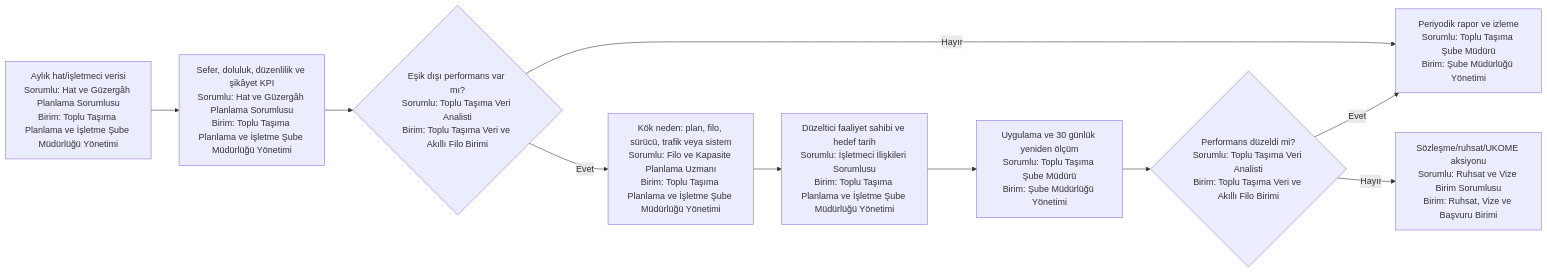
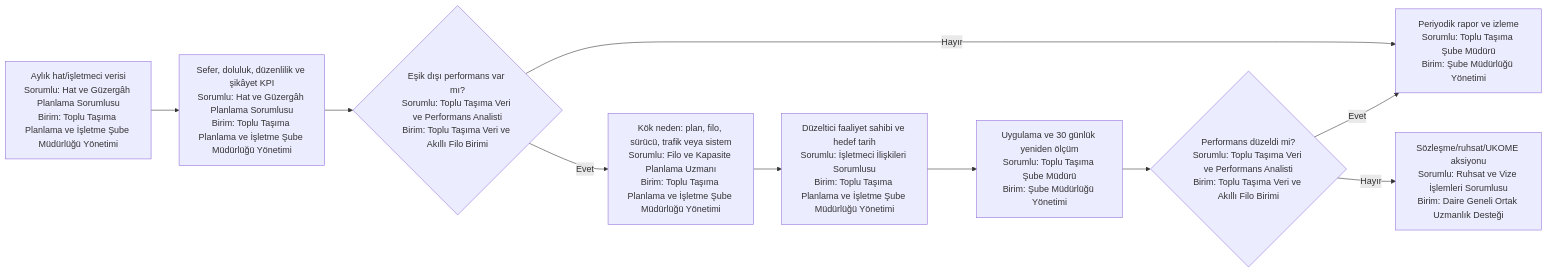
One commit to merdaergen-create/Ulasim_Dairesi_Is_Analizi changed the fifth of 5 diagrams in 15_yalin_surec_haritalari/toplu_ulasim/README.md. Above: the diagram before and after it, drawn with Mermaid. The commit also changed other lines of this file and 7 other files, not shown here.

````diff
--- a/15_yalin_surec_haritalari/toplu_ulasim/README.md
+++ b/15_yalin_surec_haritalari/toplu_ulasim/README.md
@@ -148,12 +148,12 @@
 ```mermaid
 flowchart LR
     A[Aylık hat/işletmeci verisi<br/>Sorumlu: Hat ve Güzergâh Planlama Sorumlusu<br/>Birim: Toplu Taşıma Planlama ve İşletme Şube Müdürlüğü Yönetimi] --> B[Sefer, doluluk, düzenlilik ve şikâyet KPI<br/>Sorumlu: Hat ve Güzergâh Planlama Sorumlusu<br/>Birim: Toplu Taşıma Planlama ve İşletme Şube Müdürlüğü Yönetimi]
-    B --> C{Eşik dışı performans var mı?<br/>Sorumlu: Toplu Taşıma Veri Analisti<br/>Birim: Toplu Taşıma Veri ve Akıllı Filo Birimi}
+    B --> C{Eşik dışı performans var mı?<br/>Sorumlu: Toplu Taşıma Veri ve Performans Analisti<br/>Birim: Toplu Taşıma Veri ve Akıllı Filo Birimi}
     C -- Hayır --> D[Periyodik rapor ve izleme<br/>Sorumlu: Toplu Taşıma Şube Müdürü<br/>Birim: Şube Müdürlüğü Yönetimi]
     C -- Evet --> E[Kök neden: plan, filo, sürücü, trafik veya sistem<br/>Sorumlu: Filo ve Kapasite Planlama Uzmanı<br/>Birim: Toplu Taşıma Planlama ve İşletme Şube Müdürlüğü Yönetimi]
     E --> F[Düzeltici faaliyet sahibi ve hedef tarih<br/>Sorumlu: İşletmeci İlişkileri Sorumlusu<br/>Birim: Toplu Taşıma Planlama ve İşletme Şube Müdürlüğü Yönetimi]
     F --> G[Uygulama ve 30 günlük yeniden ölçüm<br/>Sorumlu: Toplu Taşıma Şube Müdürü<br/>Birim: Şube Müdürlüğü Yönetimi]
-    G --> H{Performans düzeldi mi?<br/>Sorumlu: Toplu Taşıma Veri Analisti<br/>Birim: Toplu Taşıma Veri ve Akıllı Filo Birimi}
-    H -- Hayır --> I[Sözleşme/ruhsat/UKOME aksiyonu<br/>Sorumlu: Ruhsat ve Vize Birim Sorumlusu<br/>Birim: Ruhsat, Vize ve Başvuru Birimi]
+    G --> H{Performans düzeldi mi?<br/>Sorumlu: Toplu Taşıma Veri ve Performans Analisti<br/>Birim: Toplu Taşıma Veri ve Akıllı Filo Birimi}
+    H -- Hayır --> I[Sözleşme/ruhsat/UKOME aksiyonu<br/>Sorumlu: Ruhsat ve Vize İşlemleri Sorumlusu<br/>Birim: Daire Geneli Ortak Uzmanlık Desteği]
     H -- Evet --> D
 ```
````
